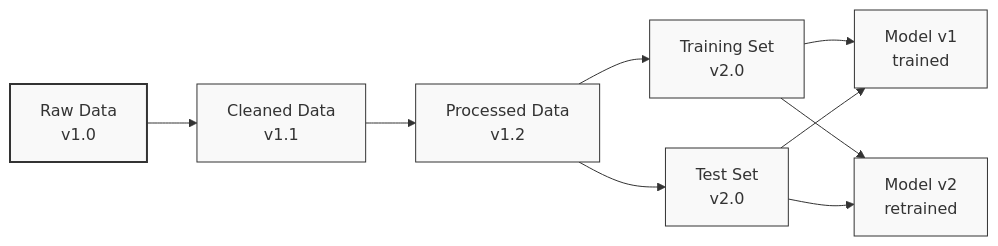
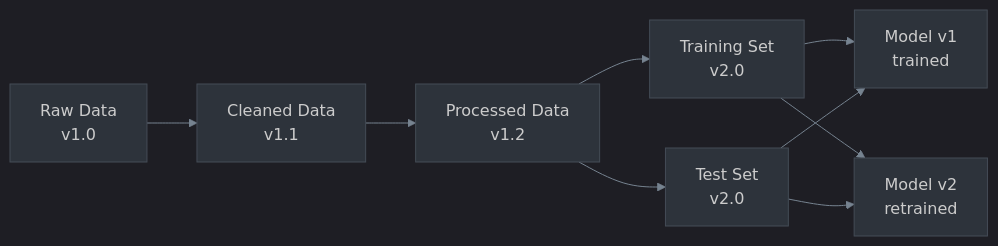
One commit to Ricoledan/dta-provenance-demo changed the eighth of 17 diagrams in docs/ARCHITECTURE.md. Above: the diagram before and after it, drawn with Mermaid. The commit also changed other lines of this file and 1 other file, not shown here.

First line of the commit message:
Update Mermaid diagrams to dark theme

````diff
--- a/docs/ARCHITECTURE.md
+++ b/docs/ARCHITECTURE.md
@@ -256,27 +221,21 @@
 ```mermaid
+%%{init: {"theme":"dark","themeVariables":{"darkMode":true,"background":"#0d1117","primaryColor":"#2d333b","primaryTextColor":"#e6edf3","primaryBorderColor":"#444c56","lineColor":"#768390","secondaryColor":"#1c2128","tertiaryColor":"#22272e","clusterBkg":"#2d333b","clusterBorder":"#444c56","nodeTextColor":"#e6edf3","mainBkg":"#2d333b","secondBkg":"#22272e","edgeLabelBackground":"#2d333b","nodeBorder":"#444c56"}}}%%
 graph LR
     A["Raw Data<br/>v1.0"]
     B["Cleaned Data<br/>v1.1"]
     C["Processed Data<br/>v1.2"]
     D["Training Set<br/>v2.0"]
     E["Test Set<br/>v2.0"]
     F["Model v1<br/>trained"]
     G["Model v2<br/>retrained"]
 
     A --> B
     B --> C
     C --> D
     C --> E
     D --> F
     D --> G
     E --> F
     E --> G
 
-    style A fill:#f9f9f9,stroke:#333,stroke-width:2px
-    style B fill:#f9f9f9,stroke:#333,stroke-width:1px
-    style C fill:#f9f9f9,stroke:#333,stroke-width:1px
-    style D fill:#f9f9f9,stroke:#333,stroke-width:1px
-    style E fill:#f9f9f9,stroke:#333,stroke-width:1px
-    style F fill:#f9f9f9,stroke:#333,stroke-width:1px
-    style G fill:#f9f9f9,stroke:#333,stroke-width:1px
 ```
````
